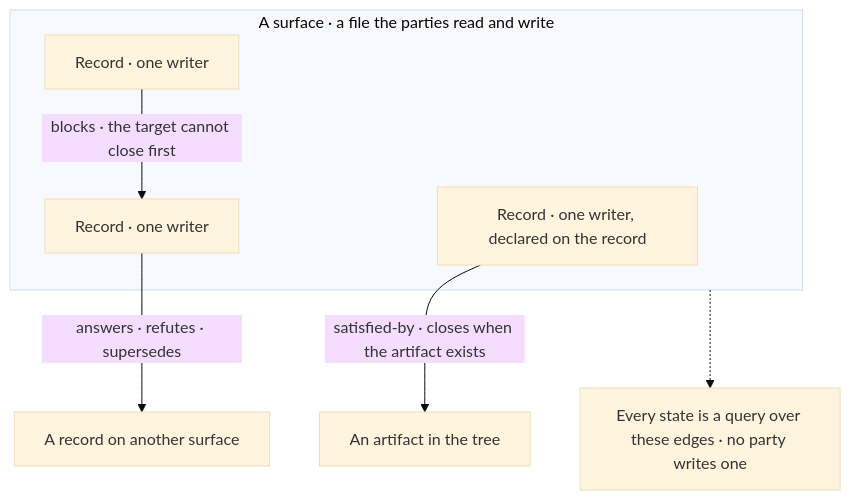
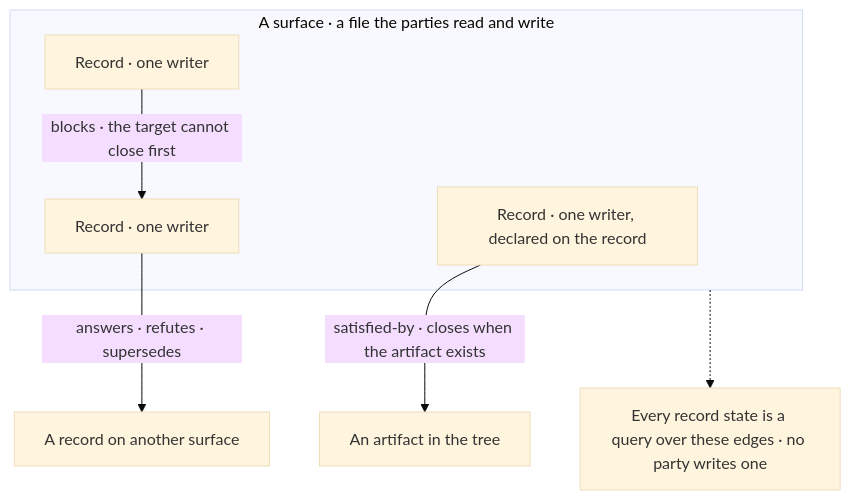
One commit to Varietyz/Disciplined-AI-Software-Development changed the fourth of 16 diagrams in COLLABORATE.md. Above: the diagram before and after it, drawn with Mermaid (base theme). The commit also changed other lines of this file and 672 other files, not shown here.

````diff
--- a/COLLABORATE.md
+++ b/COLLABORATE.md
@@ -125,15 +125,15 @@
 ```mermaid
 flowchart TB
 subgraph surface["A surface · a file the parties read and write"]
 r1["Record · one writer, declared on the record"]
 r2["Record · one writer"]
 r3["Record · one writer"]
 end
 artifact["An artifact in the tree"]
 other["A record on another surface"]
 r1 -- satisfied-by · closes when the artifact exists --> artifact
 r2 -- blocks · the target cannot close first --> r3
 r3 -- answers · refutes · supersedes --> other
-state["Every state is a query over these edges · no party writes one"]
+state["Every record state is a query over these edges · no party writes one"]
 surface -.-> state
 ```
````
